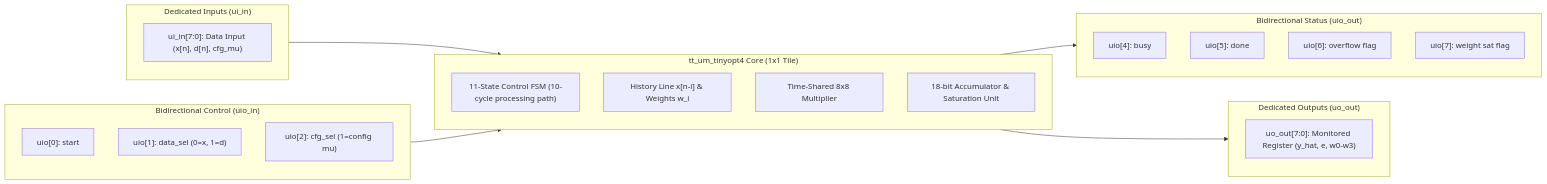
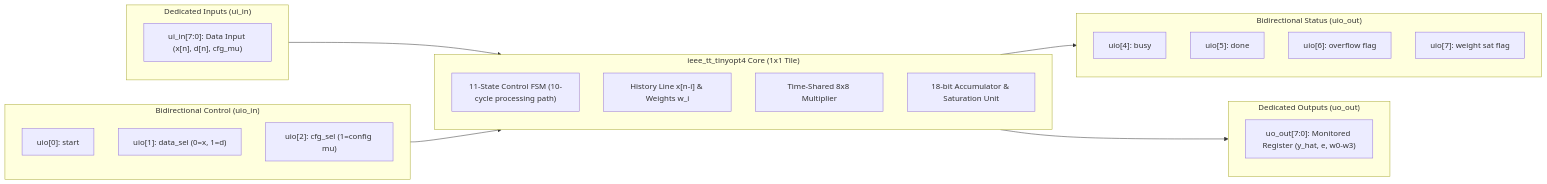
One commit to tiberthyn/ieee_tt-tinyopt4 changed the first of 2 diagrams in README.md. Above: the diagram before and after it, drawn with Mermaid. The commit also changed other lines of this file, not shown here.

Commit message:
Rename tt_um_tinyopt4 to ieee_tt_tinyopt4 in README

````diff
--- a/README.md
+++ b/README.md
@@ -32,36 +32,36 @@
 ```mermaid
 flowchart LR
     subgraph Inputs ["Dedicated Inputs (ui_in)"]
         UI["ui_in[7:0]: Data Input (x[n], d[n], cfg_mu)"]
     end
 
     subgraph Control ["Bidirectional Control (uio_in)"]
         START["uio[0]: start"]
         DSEL["uio[1]: data_sel (0=x, 1=d)"]
         CSEL["uio[2]: cfg_sel (1=config mu)"]
     end
 
-    subgraph Core ["tt_um_tinyopt4 Core (1x1 Tile)"]
+    subgraph Core ["ieee_tt_tinyopt4 Core (1x1 Tile)"]
         FSM["11-State Control FSM (10-cycle processing path)"]
         REG["History Line x[n-i] & Weights w_i"]
         MULT["Time-Shared 8x8 Multiplier"]
         ACC["18-bit Accumulator & Saturation Unit"]
     end
 
     subgraph Status ["Bidirectional Status (uio_out)"]
         BUSY["uio[4]: busy"]
         DONE["uio[5]: done"]
         OVF["uio[6]: overflow flag"]
         WSAT["uio[7]: weight sat flag"]
     end
 
     subgraph Outputs ["Dedicated Outputs (uo_out)"]
         UO["uo_out[7:0]: Monitored Register (y_hat, e, w0-w3)"]
     end
 
     Inputs --> Core
     Control --> Core
     Core --> Status
     Core --> Outputs
 
 ```
````
